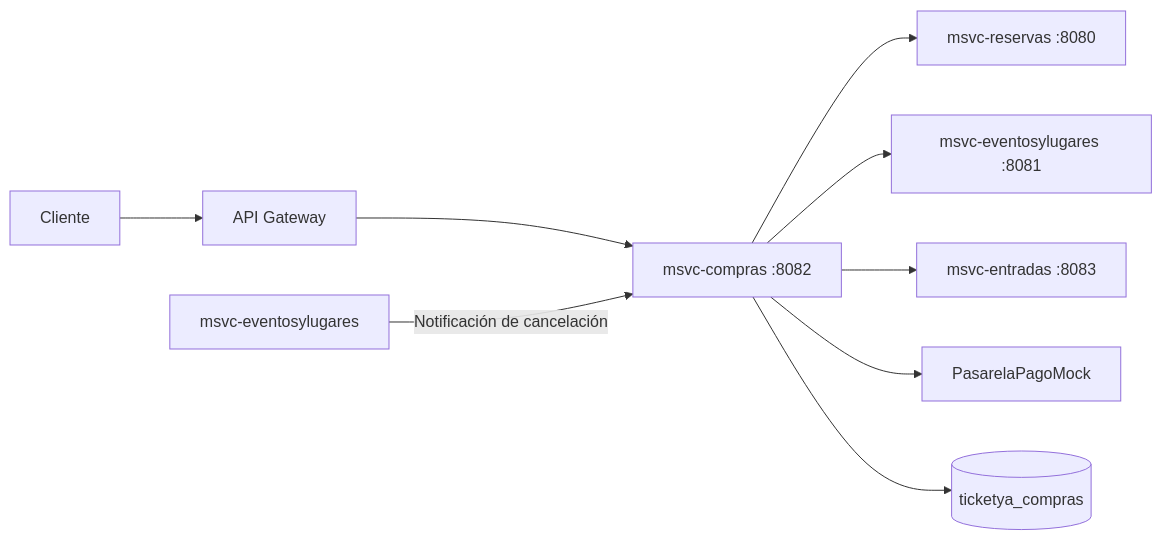
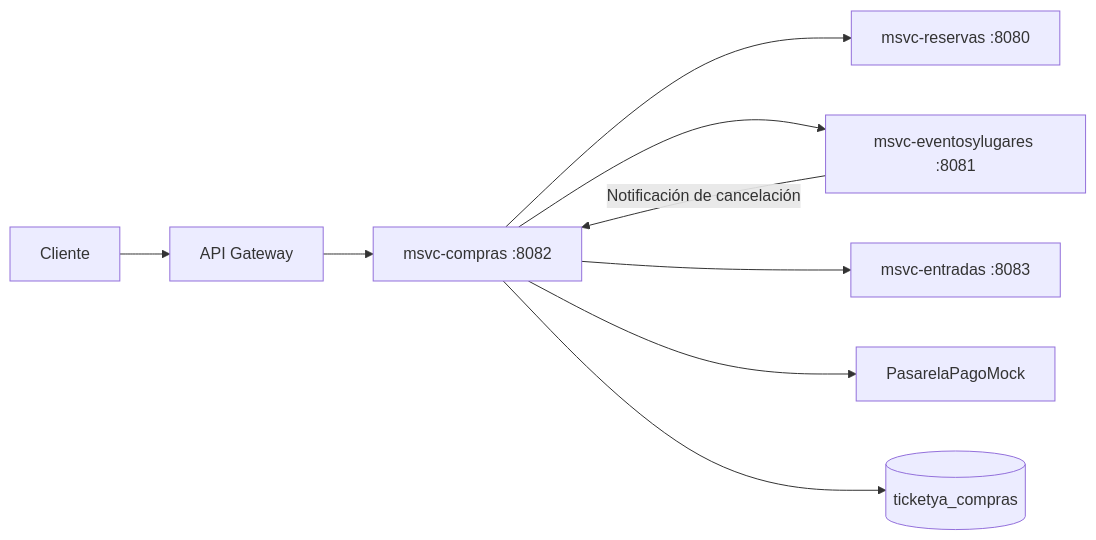
Before and after one commit to LuliDiNucci/arquitecturasGrupo12: the first of 5 diagrams in TPE-micro1/msvc-compras/docs/02-ARQUITECTURA-Y-FLUJOS.md, drawn with Mermaid. The commit also changed other lines of this file and 41 other files, not shown here.

````diff
--- a/TPE-micro1/msvc-compras/docs/02-ARQUITECTURA-Y-FLUJOS.md
+++ b/TPE-micro1/msvc-compras/docs/02-ARQUITECTURA-Y-FLUJOS.md
@@ -28,14 +25,11 @@
 ```mermaid
 flowchart LR
     C[Cliente] --> G[API Gateway]
     G --> CP[msvc-compras :8082]
-
     CP --> R[msvc-reservas :8080]
     CP --> E[msvc-eventosylugares :8081]
     CP --> T[msvc-entradas :8083]
     CP --> P[PasarelaPagoMock]
-
     CP --> DB[(ticketya_compras)]
-
-    EV[msvc-eventosylugares] -->|Notificación de cancelación| CP
+    E -->|Notificación de cancelación| CP
 ```
````
